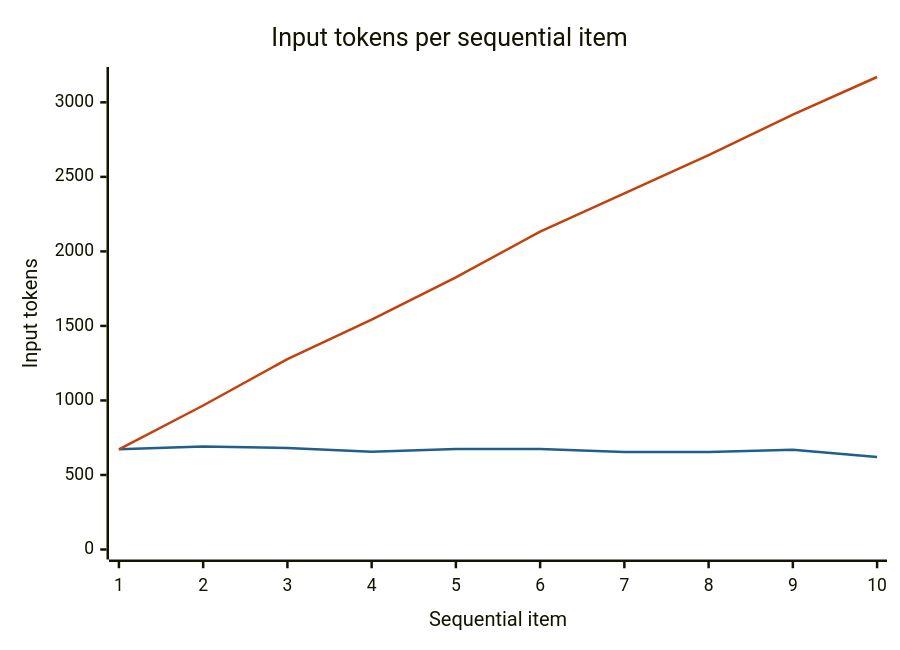
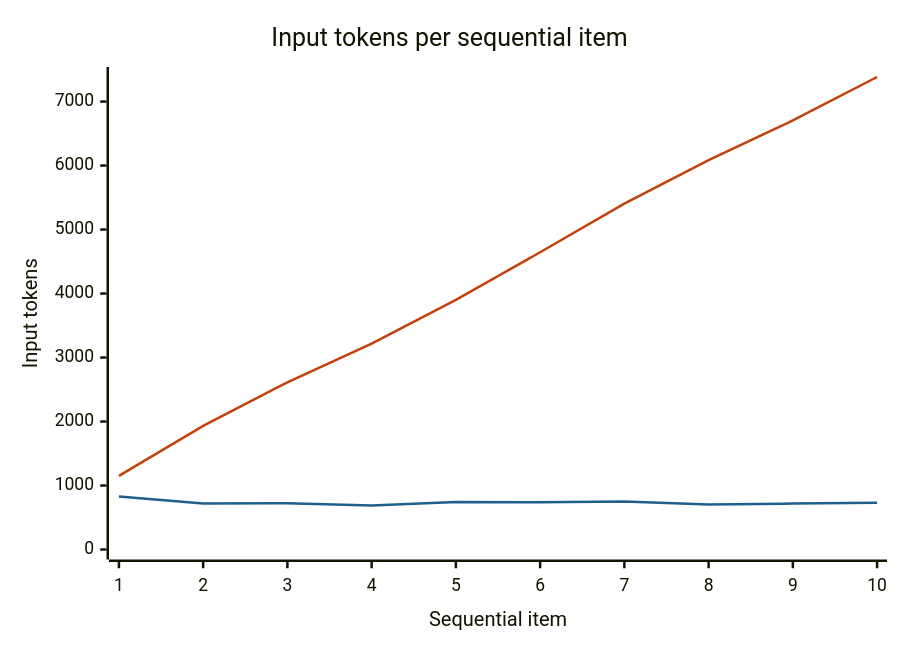
The diagram in docs/metrics.md (vidhu-hegde/Multi-Agent-Tax-System), drawn with Mermaid before and after one commit. The commit also changed other lines of this file and 4 other files, not shown here.

````diff
--- a/docs/metrics.md
+++ b/docs/metrics.md
@@ -28,9 +35,9 @@
 ```mermaid
 %%{init: {"themeVariables": {"xyChart": {"plotColorPalette": "#1f5f8b, #c2410c"}}}}%%
 xychart-beta
     title "Input tokens per sequential item"
     x-axis "Sequential item" [1, 2, 3, 4, 5, 6, 7, 8, 9, 10]
-    y-axis "Input tokens" 0 --> 3170
-    line [672, 691, 681, 655, 674, 675, 654, 654, 670, 620]
-    line [672, 966, 1277, 1543, 1826, 2133, 2389, 2646, 2917, 3170]
+    y-axis "Input tokens" 0 --> 7384
+    line [827, 719, 724, 689, 742, 738, 752, 705, 717, 730]
+    line [1150, 1933, 2613, 3216, 3901, 4645, 5405, 6084, 6706, 7384]
 ```
````
